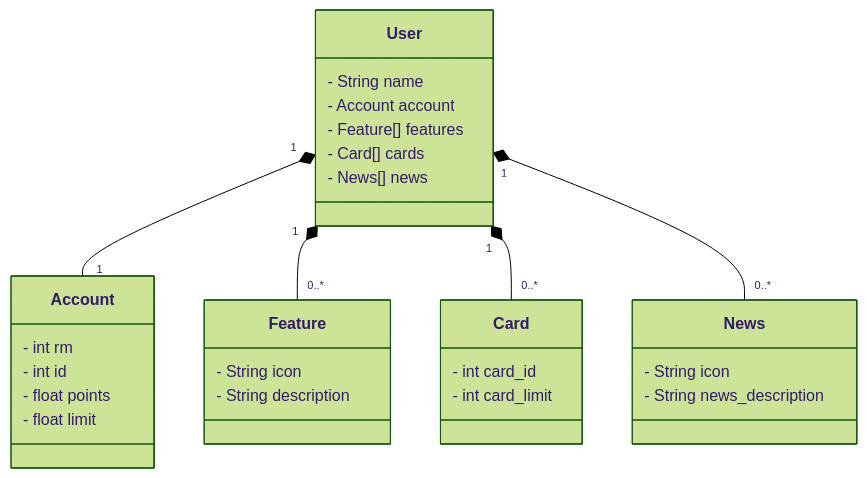
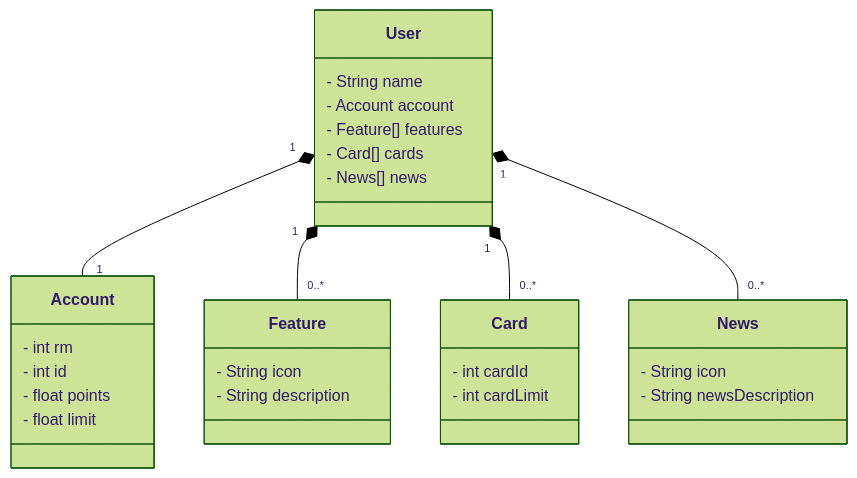
Before and after one commit to gusmaomath/banking-domain: the diagram in README.md, drawn with Mermaid (forest theme).

````diff
--- a/README.md
+++ b/README.md
@@ -19,37 +19,37 @@
 ```mermaid
 classDiagram
   class User {
     - String name
     - Account account
     - Feature[] features
     - Card[] cards
     - News[] news
   }
 
   class Account {
     - int rm
     - int id
     - float points
     - float limit
   }
 
   class Feature {
     - String icon
     - String description
   }
     
   class Card {
-    - int card_id
-    - int card_limit
+    - int cardId
+    - int cardLimit
   }
     
   class News {
     - String icon
-    - String news_description
+    - String newsDescription
   }
 
   User "1" *-- "1" Account
   User "1" *-- "0..*" Feature
   User "1" *-- "0..*" Card
   User "1" *-- "0..*" News
 ```
````
